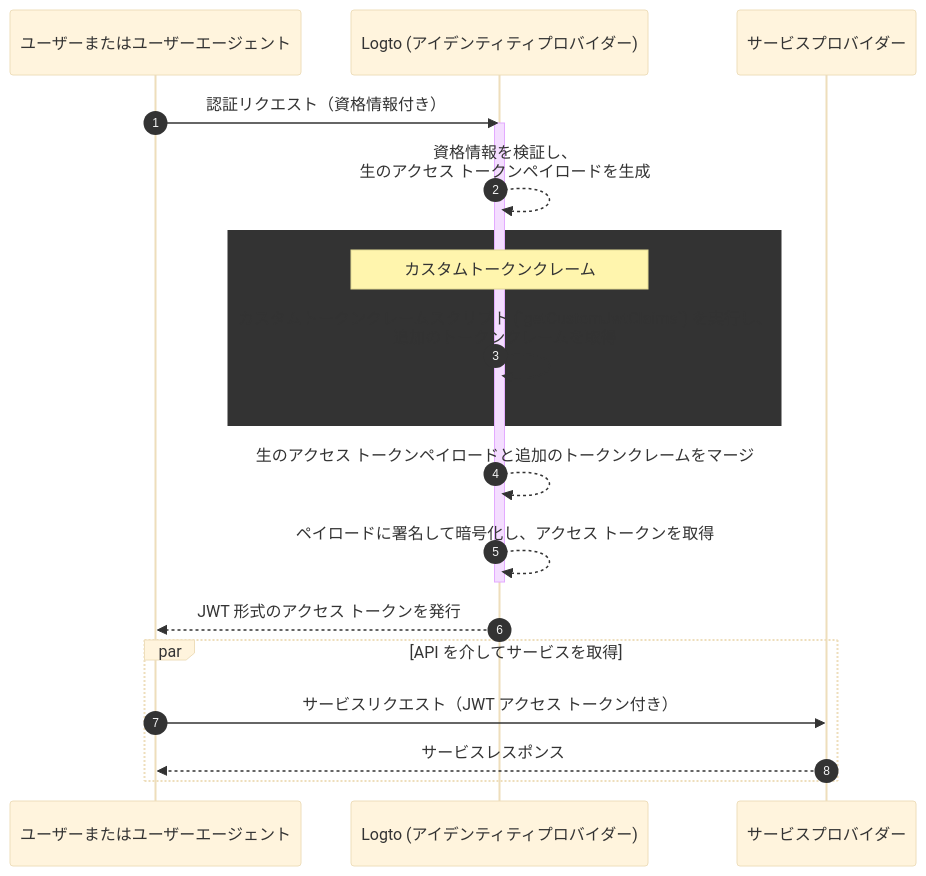
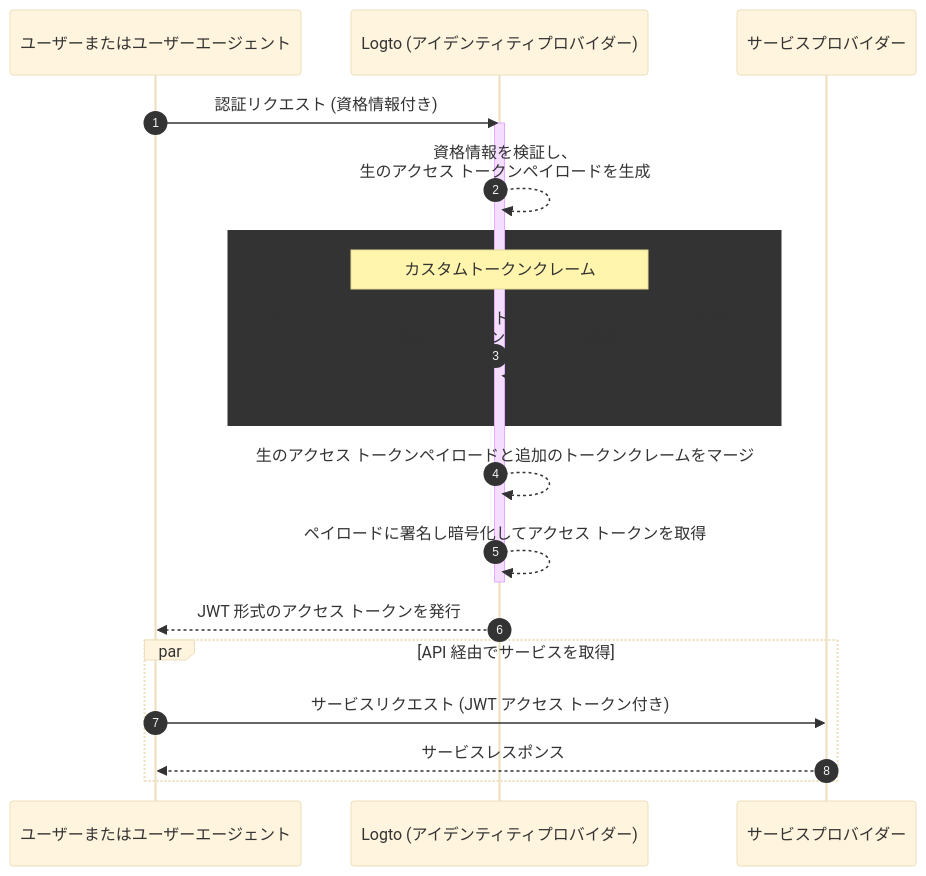
One commit to logto-io/docs changed the diagram in i18n/ja/docusaurus-plugin-content-docs/current/developers/custom-token-claims/README.mdx. Above: the diagram before and after it, drawn with Mermaid (base theme). The commit also changed other lines of this file and 407 other files, not shown here.

````diff
--- a/i18n/ja/docusaurus-plugin-content-docs/current/developers/custom-token-claims/README.mdx
+++ b/i18n/ja/docusaurus-plugin-content-docs/current/developers/custom-token-claims/README.mdx
@@ -24,23 +26,23 @@
 ```mermaid
 sequenceDiagram
   participant U as ユーザーまたはユーザーエージェント
   participant IdP as Logto (アイデンティティプロバイダー)
   participant SP as サービスプロバイダー
 
   autonumber
-  U ->> IdP: 認証リクエスト（資格情報付き）
+  U ->> IdP: 認証リクエスト (資格情報付き)
   activate IdP
   IdP-->>IdP: 資格情報を検証し、<br/>生のアクセス トークンペイロードを生成
   rect var(--mermaid-rect-fill)
   note over IdP: カスタムトークンクレーム
   IdP->>IdP: カスタムトークンクレームスクリプト (`getCustomJwtClaims`) を実行し、<br/>追加のトークンクレームを取得
   end
   IdP-->>IdP: 生のアクセス トークンペイロードと追加のトークンクレームをマージ
-  IdP-->>IdP: ペイロードに署名して暗号化し、アクセス トークンを取得
+  IdP-->>IdP: ペイロードに署名し暗号化してアクセス トークンを取得
   deactivate IdP
   IdP-->>U: JWT 形式のアクセス トークンを発行
-  par API を介してサービスを取得
-  U->>SP: サービスリクエスト（JWT アクセス トークン付き）
+  par API 経由でサービスを取得
+  U->>SP: サービスリクエスト (JWT アクセス トークン付き)
   SP-->>U: サービスレスポンス
   end
 ```
````
